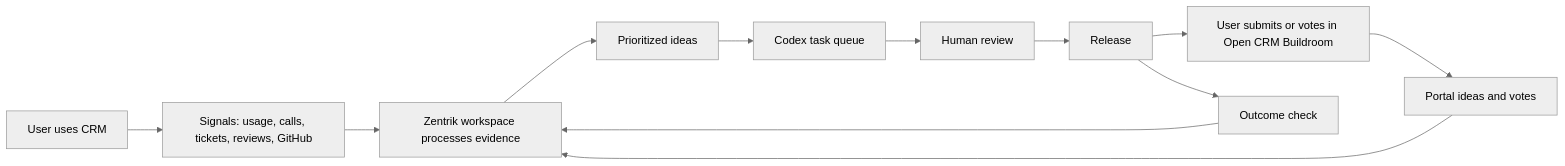
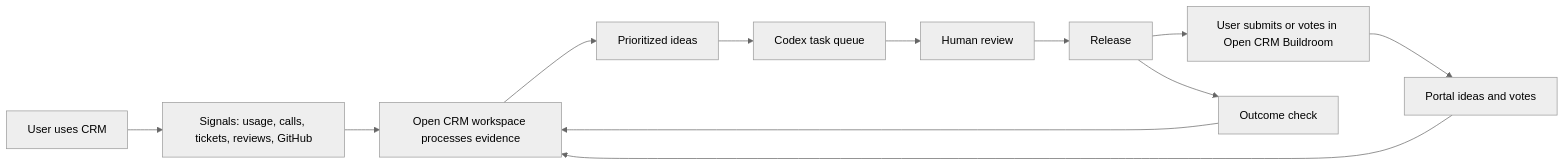
The diagram in docs/outward-ecosystem.md (Zentrik-AI/zentrik-open-crm), drawn with Mermaid (neutral theme) before and after one commit. The commit also changed other lines of this file and 33 other files, not shown here.

Commit message:
Prepare Open CRM public release surfaces

````diff
--- a/docs/outward-ecosystem.md
+++ b/docs/outward-ecosystem.md
@@ -16,14 +16,14 @@
 ```mermaid
 flowchart LR
   A["User uses CRM"] --> B["Signals: usage, calls, tickets, reviews, GitHub"]
   C["User submits or votes in Open CRM Buildroom"] --> D["Portal ideas and votes"]
-  B --> E["Zentrik workspace processes evidence"]
+  B --> E["Open CRM workspace processes evidence"]
   D --> E
   E --> F["Prioritized ideas"]
   F --> G["Codex task queue"]
   G --> H["Human review"]
   H --> I["Release"]
   I --> J["Outcome check"]
   J --> E
   I --> C
 ```
````
